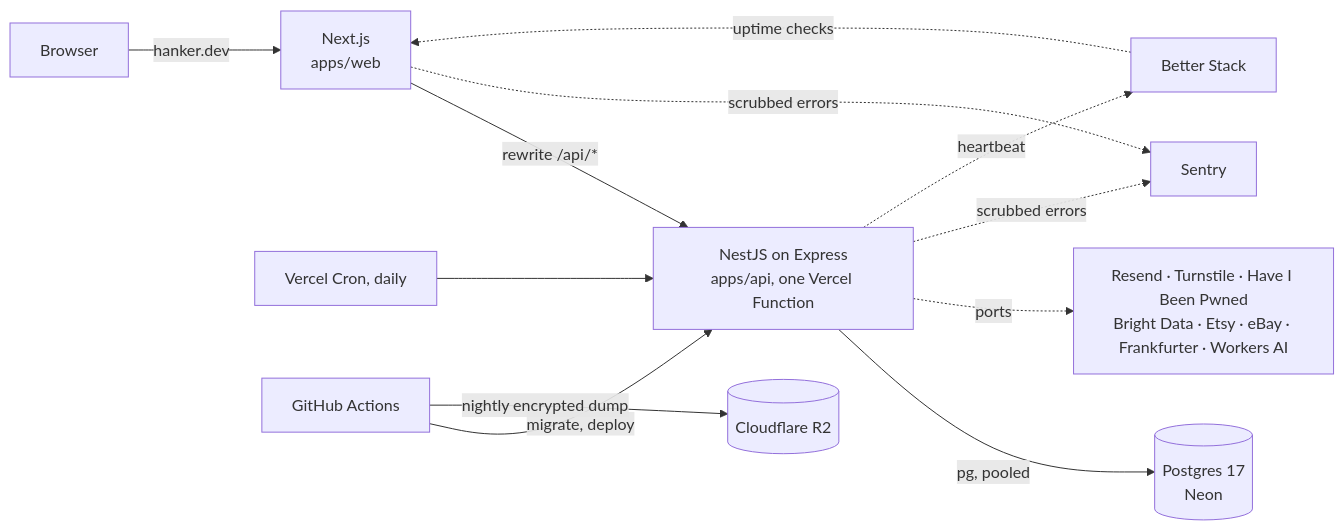
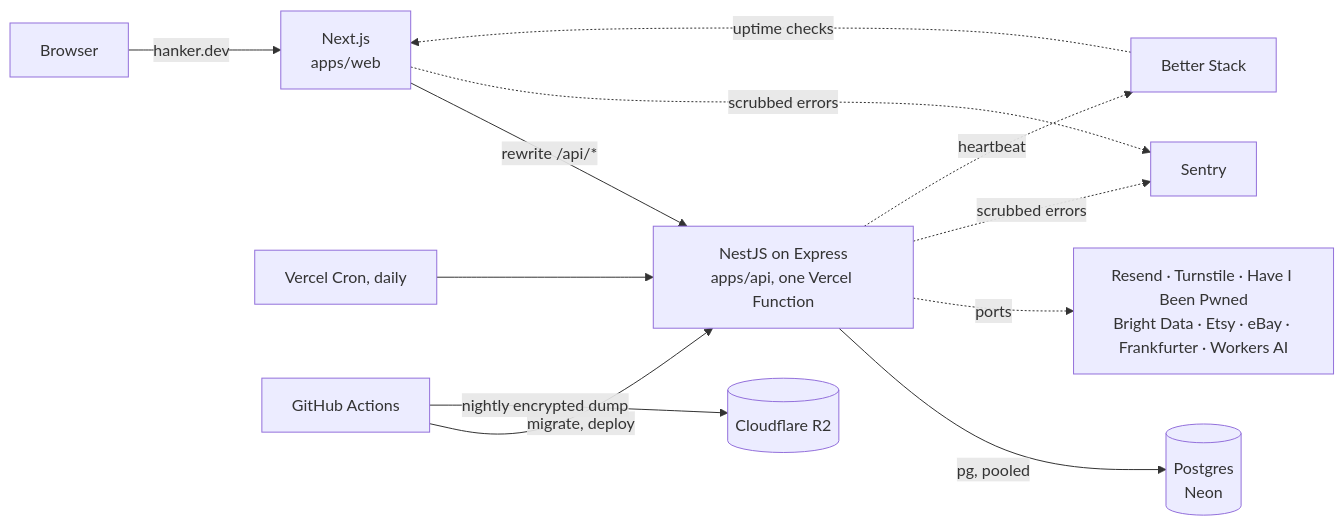
One commit to Shockolate/wishlist-app changed the diagram in README.md. Above: the diagram before and after it, drawn with Mermaid. The commit also changed other lines of this file and 4 other files, not shown here.

````diff
--- a/README.md
+++ b/README.md
@@ -31,13 +31,13 @@
 ```mermaid
 flowchart LR
   B[Browser] -->|hanker.dev| W["Next.js<br/>apps/web"]
   W -->|"rewrite /api/*"| A["NestJS on Express<br/>apps/api, one Vercel Function"]
-  A -->|pg, pooled| D[("Postgres 17<br/>Neon")]
+  A -->|pg, pooled| D[("Postgres<br/>Neon")]
   A -.->|ports| X["Resend · Turnstile · Have I Been Pwned<br/>Bright Data · Etsy · eBay · Frankfurter · Workers AI"]
   W & A -.->|scrubbed errors| S[Sentry]
   C[Vercel Cron, daily] --> A
   A -.->|heartbeat| U[Better Stack]
   U -.->|uptime checks| W
   G[GitHub Actions] -->|"migrate, deploy"| A
   G -->|"nightly encrypted dump"| R[("Cloudflare R2")]
 ```
````
